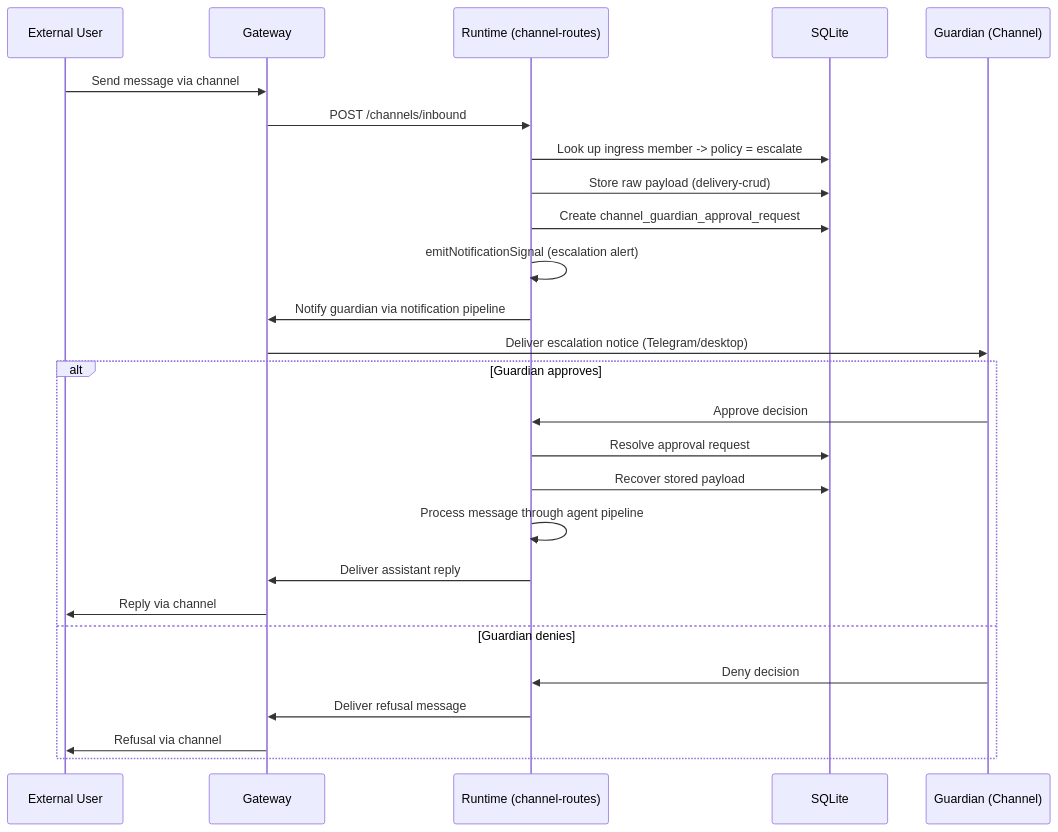
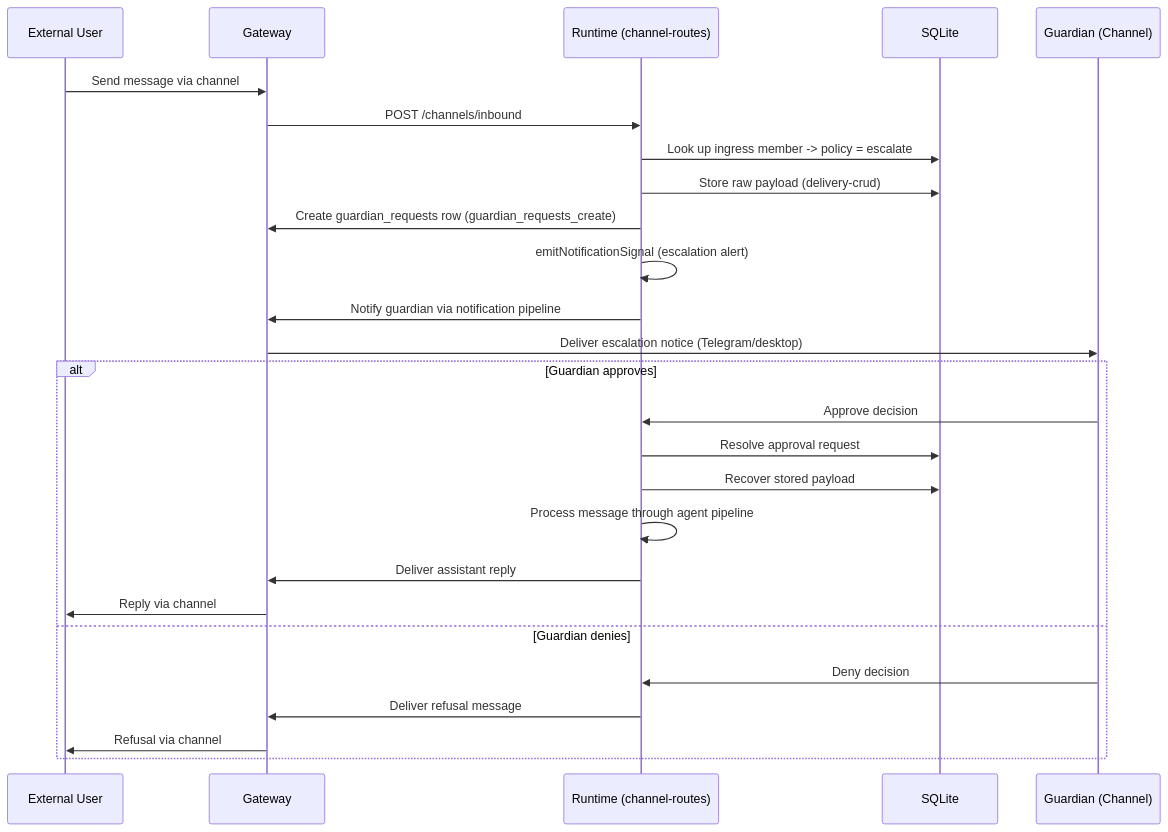
Before and after one commit to vellum-ai/vellum-assistant: the fourth of 6 diagrams in gateway/ARCHITECTURE.md, drawn with Mermaid. The commit also changed other lines of this file and 49 other files, not shown here.

````diff
--- a/gateway/ARCHITECTURE.md
+++ b/gateway/ARCHITECTURE.md
@@ -600,30 +600,30 @@
 ```mermaid
 sequenceDiagram
     participant Ext as External User
     participant GW as Gateway
     participant RT as Runtime (channel-routes)
     participant DB as SQLite
     participant Guardian as Guardian (Channel)
 
     Ext->>GW: Send message via channel
     GW->>RT: POST /channels/inbound
     RT->>DB: Look up ingress member -> policy = escalate
     RT->>DB: Store raw payload (delivery-crud)
-    RT->>DB: Create channel_guardian_approval_request
+    RT->>GW: Create guardian_requests row (guardian_requests_create)
     RT->>RT: emitNotificationSignal (escalation alert)
     RT->>GW: Notify guardian via notification pipeline
     GW->>Guardian: Deliver escalation notice (Telegram/desktop)
 
     alt Guardian approves
         Guardian->>RT: Approve decision
         RT->>DB: Resolve approval request
         RT->>DB: Recover stored payload
         RT->>RT: Process message through agent pipeline
         RT->>GW: Deliver assistant reply
         GW->>Ext: Reply via channel
     else Guardian denies
         Guardian->>RT: Deny decision
         RT->>GW: Deliver refusal message
         GW->>Ext: Refusal via channel
     end
 ```
````
